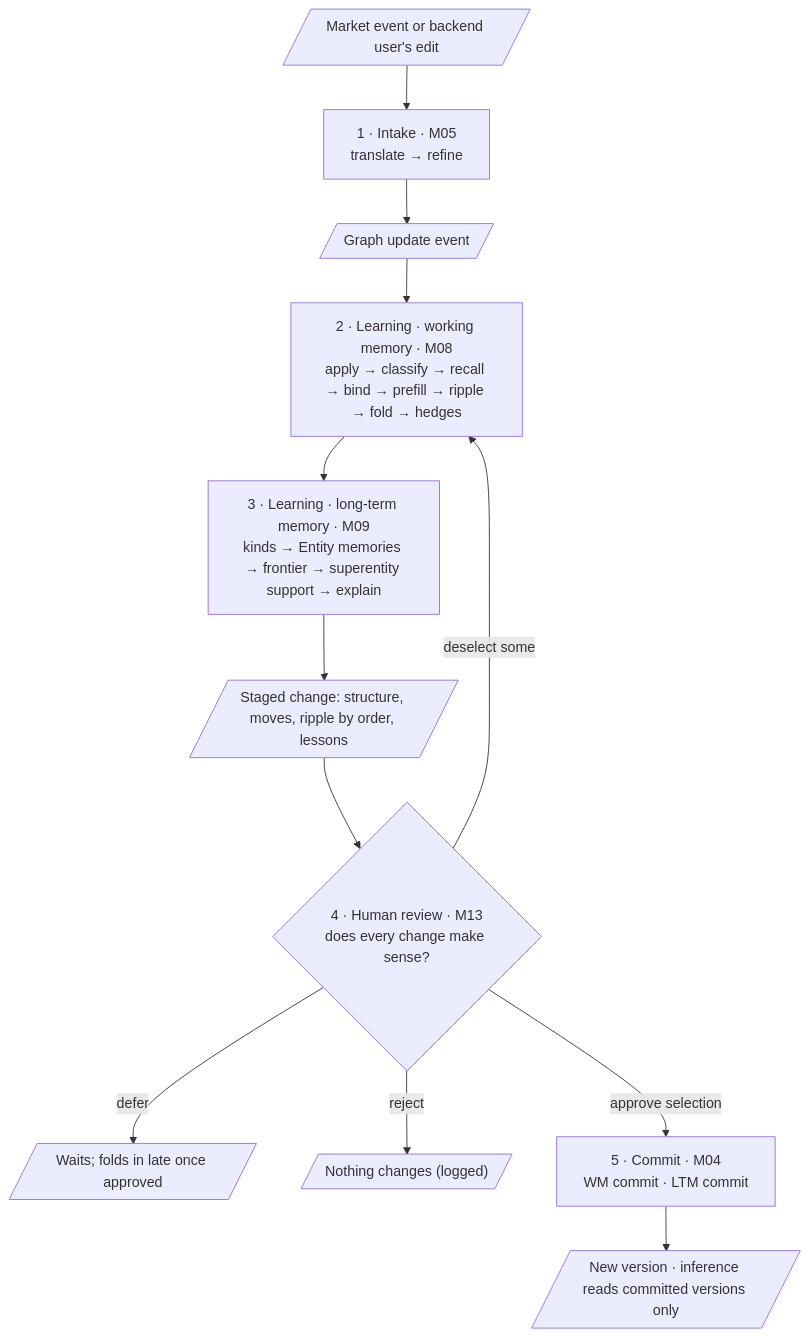
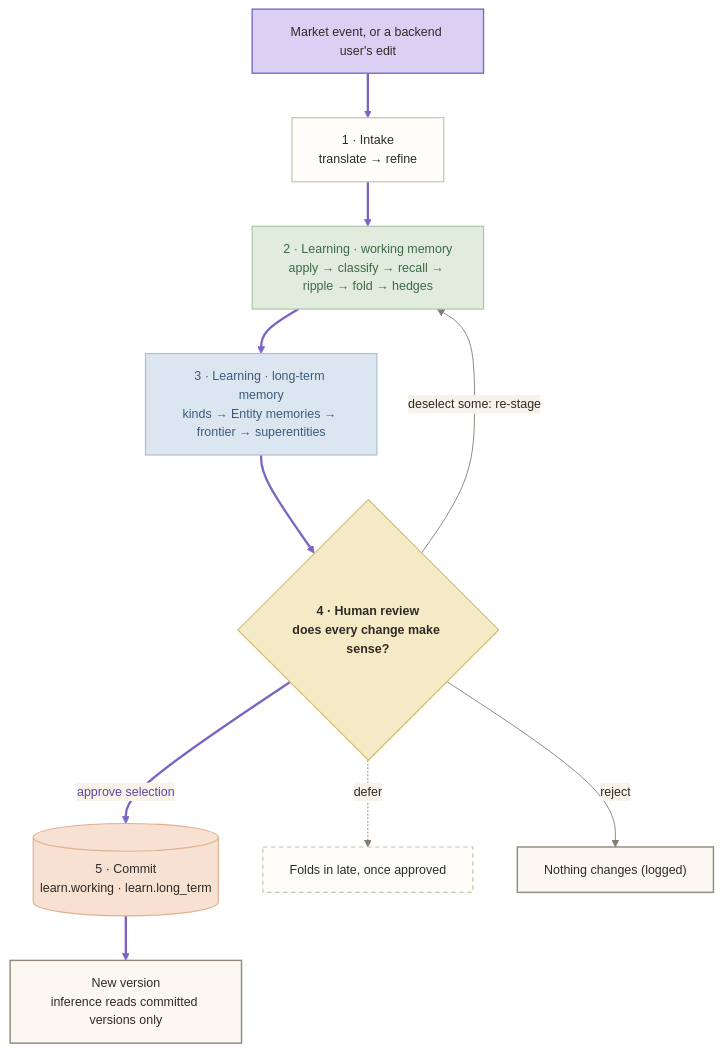
The third of 7 diagrams in docs/design/architecture.md (Axelrod-AI-Engineering/world-model), drawn with Mermaid before and after one commit. The commit also changed other lines of this file and 17 other files, not shown here.

First line of the commit message:
Diagrams in the app's flowchart style, with the happy path in purple; leaner design docs

````diff
--- a/docs/design/architecture.md
+++ b/docs/design/architecture.md
@@ -110,14 +129,26 @@
 ```mermaid
+%% style: begin (scripts/docs/style_mermaid.py)
+%%{init: {"theme": "base", "themeVariables": {"fontSize": "14px", "primaryColor": "#FFFDF8", "primaryBorderColor": "#C9BFAF", "primaryTextColor": "#2F2A25", "lineColor": "#857C70", "textColor": "#2F2A25", "secondaryColor": "#F7F2EA", "tertiaryColor": "#FBF8F2", "edgeLabelBackground": "#F7F2EA", "clusterBkg": "#F7F2EA", "clusterBorder": "#E4DACB", "titleColor": "#665E54"}}}%%
+%% style: end
 flowchart TD
-  A[/"Market event or backend user's edit"/] --> I["1 · Intake · M05<br/>translate → refine"]
-  I --> G[/"Graph update event"/]
-  G --> W["2 · Learning · working memory · M08<br/>apply → classify → recall → bind → prefill → ripple → fold → hedges"]
-  W --> L["3 · Learning · long-term memory · M09<br/>kinds → Entity memories → frontier → superentity support → explain"]
-  L --> S[/"Staged change: structure, moves, ripple by order, lessons"/]
-  S --> R{"4 · Human review · M13<br/>does every change make sense?"}
-  R -- "deselect some" --> W
-  R -- "defer" --> Q[/"Waits; folds in late once approved"/]
-  R -- "reject" --> X[/"Nothing changes (logged)"/]
-  R -- "approve selection" --> C["5 · Commit · M04<br/>WM commit · LTM commit"]
-  C --> V[/"New version · inference reads committed versions only"/]
+  A["Market event, or a backend user's edit"]:::start ==> I["1 · Intake<br/>translate → refine"]:::step
+  I ==> W["2 · Learning · working memory<br/>apply → classify → recall → ripple → fold → hedges"]:::wm
+  W ==> L["3 · Learning · long-term memory<br/>kinds → Entity memories → frontier → superentities"]:::ltm
+  L ==> R{"4 · Human review<br/>does every change make sense?"}:::check
+  R ==>|approve selection| C[("5 · Commit<br/>learn.working · learn.long_term")]:::store
+  C ==> V["New version<br/>inference reads committed versions only"]:::done
+  R -->|deselect some: re-stage| W
+  R -.->|defer| Q["Folds in late, once approved"]:::opt
+  R -->|reject| X["Nothing changes (logged)"]:::done
+  %% style: classes and happy path
+  classDef start fill:#DAD0F4,stroke:#7C64C4,stroke-width:1.5px,color:#2F2A25
+  classDef step fill:#FFFDF8,stroke:#C9BFAF,stroke-width:1.3px,color:#2F2A25
+  classDef opt fill:#FFFDF8,stroke:#C9BFAF,stroke-width:1.3px,stroke-dasharray:5 4,color:#2F2A25
+  classDef check fill:#F5EAC6,stroke:#D2BB72,stroke-width:1.3px,color:#2F2A25,font-weight:600
+  classDef store fill:#F7E1D3,stroke:#E0B092,stroke-width:1.3px,color:#2F2A25
+  classDef done fill:#FBF8F2,stroke:#93897C,stroke-width:1.6px,color:#2F2A25
+  classDef wm fill:#E1ECDF,stroke:#A9C6A9,stroke-width:1.3px,color:#3E6A46
+  classDef ltm fill:#DCE6F0,stroke:#A9BFD6,stroke-width:1.3px,color:#3B5B7C
+  linkStyle 0,1,2,3,4,5 stroke:#7C64C4,stroke-width:2.6px,color:#5B4A99
+  %% style: end
 ```
````
